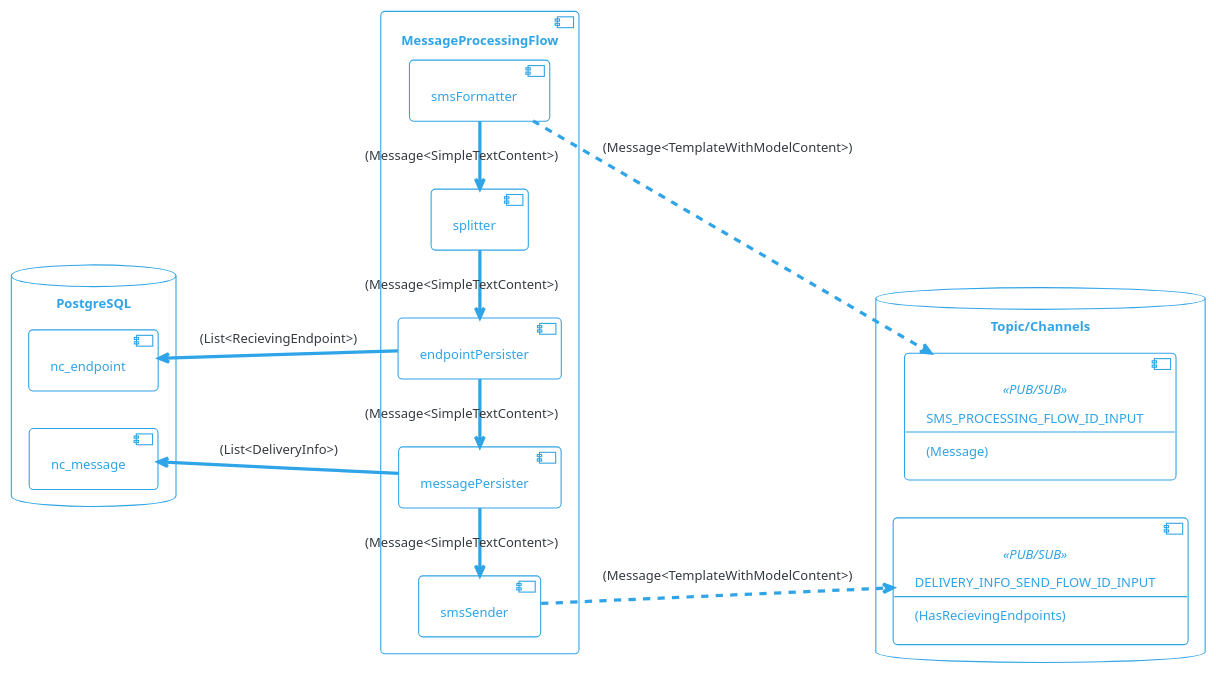
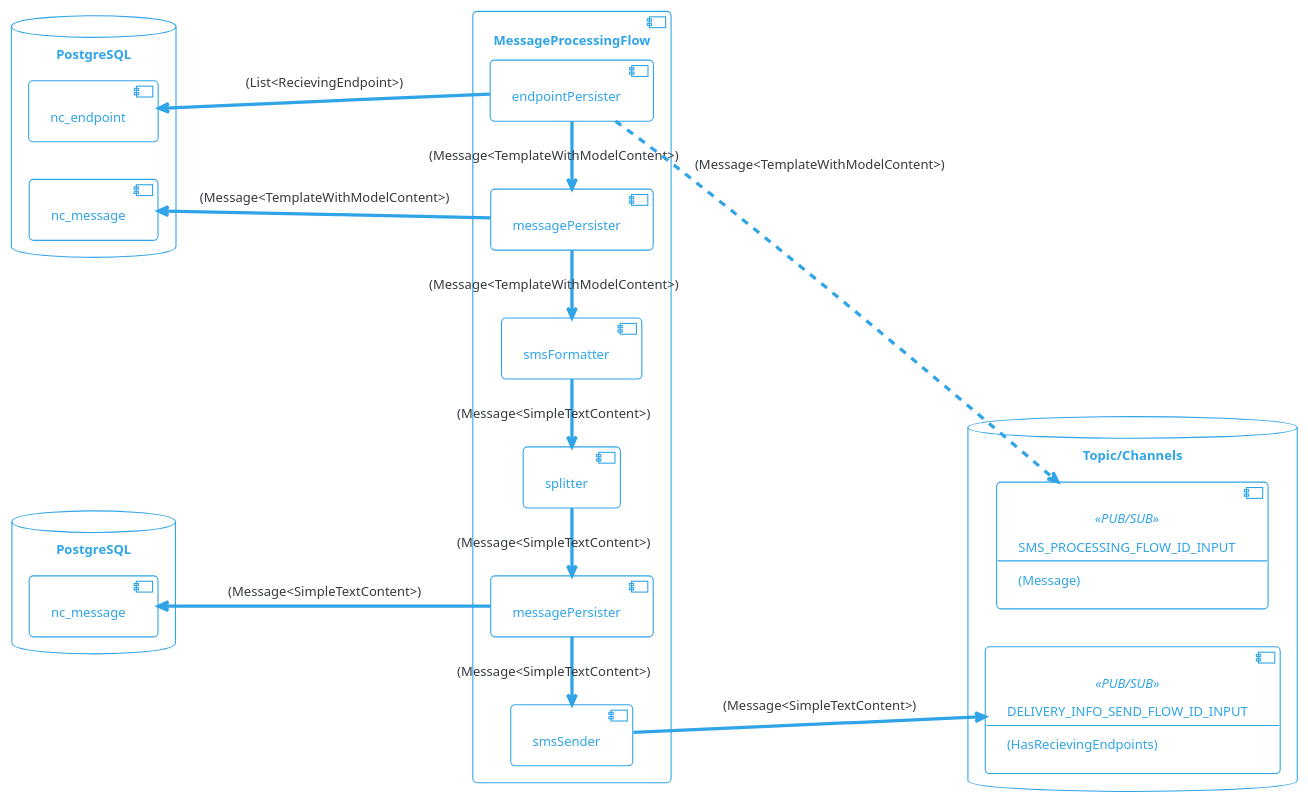
One commit to com-obj/notiflow changed the diagram in docs/diagrams/src/sms-processing-flow.puml. Above: the diagram before and after it, drawn with PlantUML. The commit also changed 2 other files, not shown here.

Commit message:
update flow diagrams

```diff
--- a/docs/diagrams/src/sms-processing-flow.puml
+++ b/docs/diagrams/src/sms-processing-flow.puml
@@ -1,54 +1,62 @@
 @startuml
 
 !theme cerulean-outline
 
 left to right direction
 
 skinparam backgroundcolor White
 skinparam component {
     backgroundColor<<user defined>> LightGray
 }
 
-database "PostgreSQL" {
+database "PostgreSQL" as pg1 {
     [nc_message]
     [nc_endpoint]
+}
+
+database "PostgreSQL" as pg2 {
+    [nc_message] as nc_message2
 }
 
 database "Topic/Channels" {
     component SMS_PROCESSING_FLOW_ID_INPUT<<PUB/SUB>>[
         SMS_PROCESSING_FLOW_ID_INPUT
         --
         (Message)
     ]
 
     component DELIVERY_INFO_SEND_FLOW_ID_INPUT<<PUB/SUB>>  [
         DELIVERY_INFO_SEND_FLOW_ID_INPUT
         --
         (HasRecievingEndpoints)
     ]
 
 }
 
 component "MessageProcessingFlow" {
+    [endpointPersister] as endpointPersister1
+    [messagePersister] as messagePersister1
     [smsFormatter]
     [splitter]
-    [endpointPersister]
-    [messagePersister]
+    [messagePersister] as messagePersister2
     [smsSender]
+    
+    endpointPersister1 -l-> messagePersister1 : (Message<TemplateWithModelContent>)
+    messagePersister1 -l-> smsFormatter : (Message<TemplateWithModelContent>)
+    smsFormatter -l-> splitter : (Message<SimpleTextContent>)
+    splitter -l-> messagePersister2 : (Message<SimpleTextContent>)
+    messagePersister2 -l--> smsSender: (Message<SimpleTextContent>)
 
-    smsFormatter -l-> splitter : (Message<SimpleTextContent>)
-    splitter -l-> endpointPersister : (Message<SimpleTextContent>)
-    endpointPersister -l-> messagePersister: (Message<SimpleTextContent>)
-    messagePersister -l--> smsSender: (Message<SimpleTextContent>)
+    endpointPersister1 ..> SMS_PROCESSING_FLOW_ID_INPUT : (Message<TemplateWithModelContent>) 
 
-    smsFormatter ..> SMS_PROCESSING_FLOW_ID_INPUT : (Message<TemplateWithModelContent>) 
+    messagePersister1 -u-> nc_message: (Message<TemplateWithModelContent>)
+    endpointPersister1 -u-> nc_endpoint: (List<RecievingEndpoint>)
+    
+    messagePersister2 -u-> nc_message2: (Message<SimpleTextContent>)
 
-    messagePersister -u-> nc_message: (List<DeliveryInfo>)
-    endpointPersister -u-> nc_endpoint: (List<RecievingEndpoint>)
-
-    smsSender ..> DELIVERY_INFO_SEND_FLOW_ID_INPUT : (Message<TemplateWithModelContent>) 
+    smsSender -> DELIVERY_INFO_SEND_FLOW_ID_INPUT : (Message<SimpleTextContent>) 
 
 }
 
 
 @enduml
```
